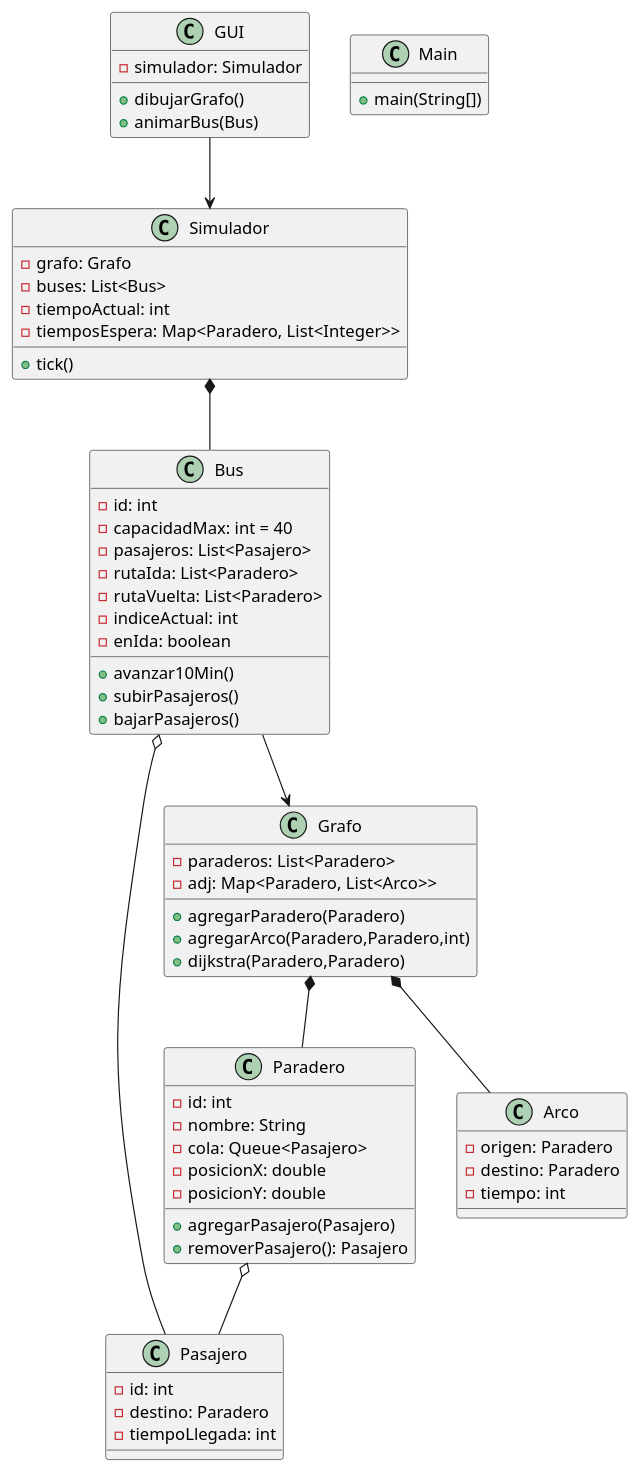
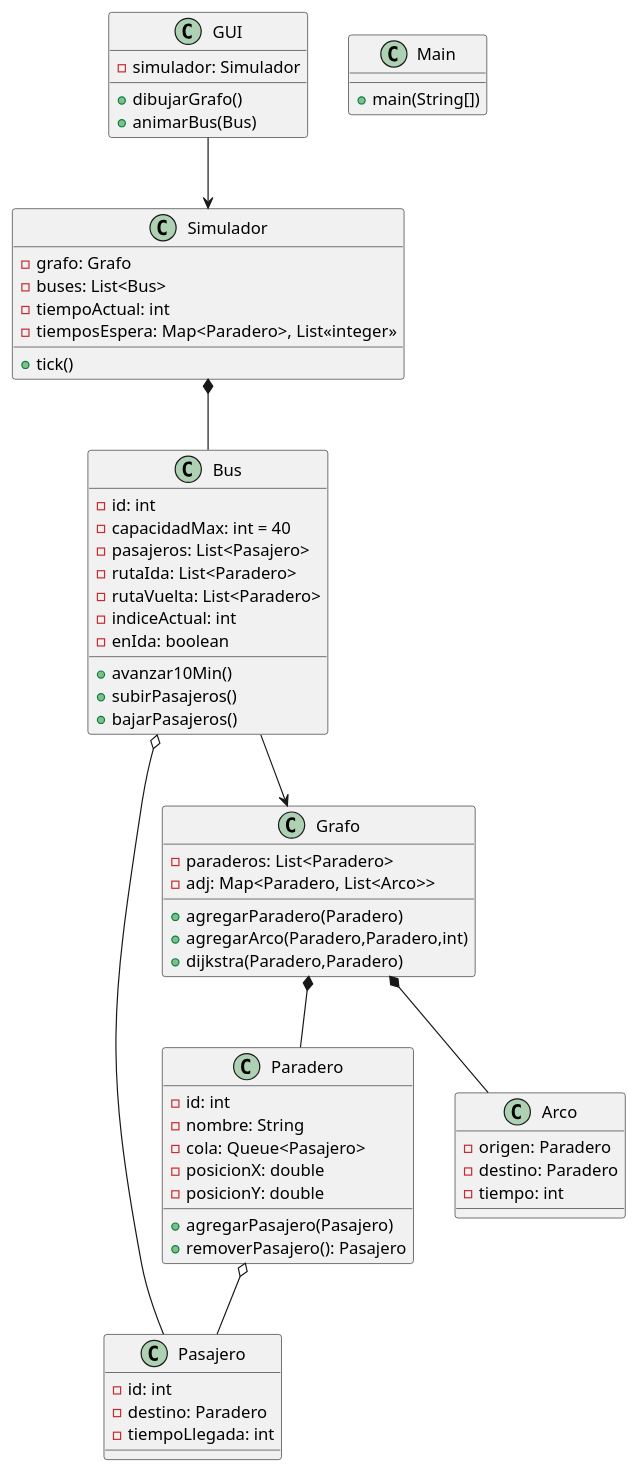
Before and after one commit to ChermanWest/Proyecto_algoritmos: the diagram in UML.md, drawn with PlantUML. The commit also changed 7 other files, not shown here.

```diff
--- a/UML.md
+++ b/UML.md
@@ -1,72 +1,72 @@
 @startuml
 
 class Paradero {
   - id: int
   - nombre: String
   - cola: Queue<Pasajero>
   - posicionX: double
   - posicionY: double
   + agregarPasajero(Pasajero)
   + removerPasajero(): Pasajero
 }
 
 class Pasajero {
   - id: int
   - destino: Paradero
   - tiempoLlegada: int
 }
 
 class Arco {
   - origen: Paradero
   - destino: Paradero
   - tiempo: int
 }
 
 class Grafo {
   - paraderos: List<Paradero>
   - adj: Map<Paradero, List<Arco>>
   + agregarParadero(Paradero)
   + agregarArco(Paradero,Paradero,int)
   + dijkstra(Paradero,Paradero)
 }
 
 class Bus {
   - id: int
   - capacidadMax: int = 40
   - pasajeros: List<Pasajero>
   - rutaIda: List<Paradero>
   - rutaVuelta: List<Paradero>
   - indiceActual: int
   - enIda: boolean
   + avanzar10Min()
   + subirPasajeros()
   + bajarPasajeros()
 }
 
 class Simulador {
   - grafo: Grafo
   - buses: List<Bus>
   - tiempoActual: int
-  - tiemposEspera: Map<Paradero, List<Integer>>
+  - tiemposEspera: Map<Paradero>, List<<integer>>
   + tick()
 }
 
 class GUI {
   - simulador: Simulador
   + dibujarGrafo()
   + animarBus(Bus)
 }
 
 class Main {
   + main(String[])
 }
 
 Grafo *-- Paradero
 Grafo *-- Arco
 Paradero o-- Pasajero
 Bus o-- Pasajero
 Simulador *-- Bus
 Bus --> Grafo
 GUI --> Simulador
 
 @enduml
```
